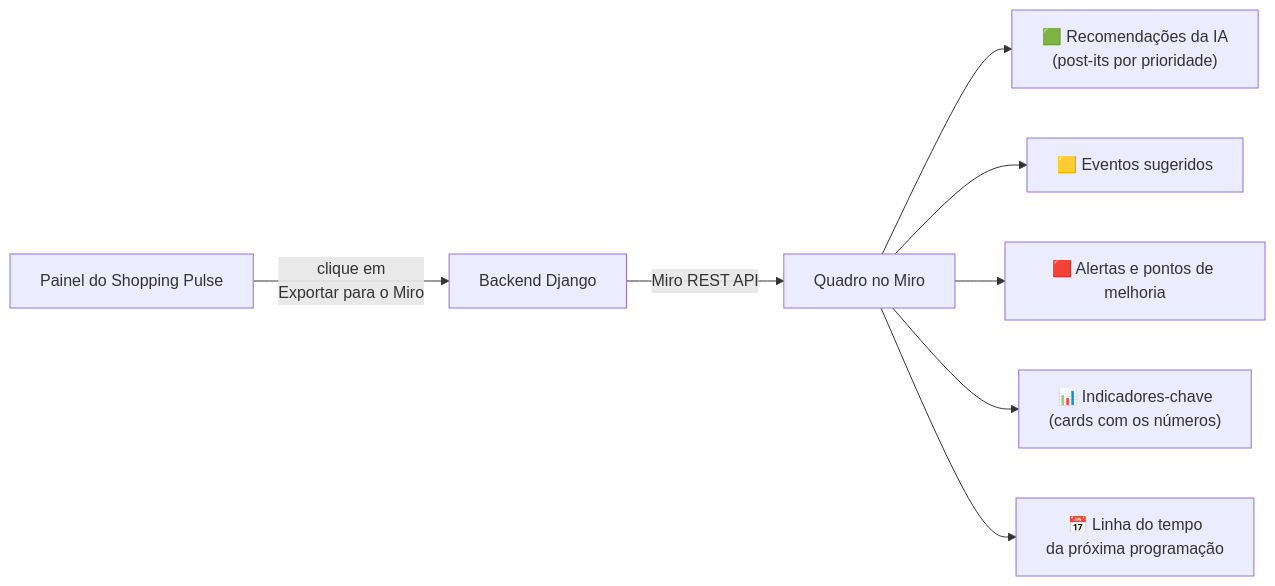
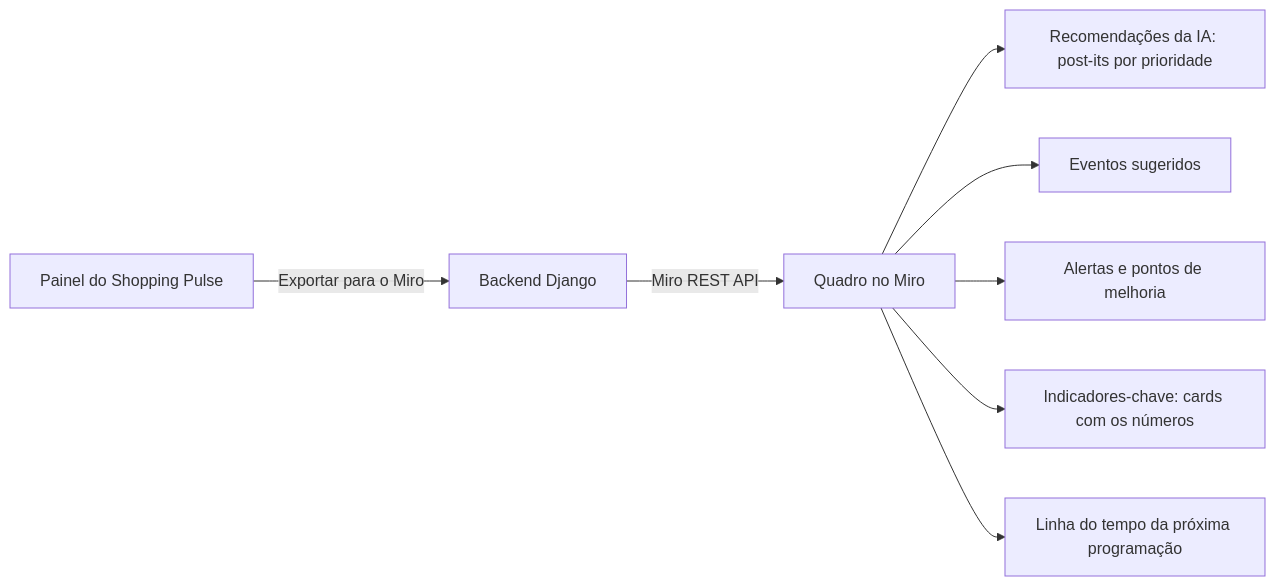
Before and after one commit to davicode20/shopping-pulse: the sixth of 6 diagrams in docs/PLANEJAMENTO.md, drawn with Mermaid. The commit also changed other lines of this file, not shown here.

Commit message:
Ajusta diagramas Mermaid para renderizar no GitHub

````diff
--- a/docs/PLANEJAMENTO.md
+++ b/docs/PLANEJAMENTO.md
@@ -353,10 +353,10 @@
 ```mermaid
 flowchart LR
-    A[Painel do Shopping Pulse] -->|clique em<br/>Exportar para o Miro| B[Backend Django]
-    B -->|Miro REST API| C[Quadro no Miro]
-    C --> D["🟩 Recomendações da IA<br/>(post-its por prioridade)"]
-    C --> E["🟨 Eventos sugeridos"]
-    C --> F["🟥 Alertas e pontos de melhoria"]
-    C --> G["📊 Indicadores-chave<br/>(cards com os números)"]
-    C --> H["📅 Linha do tempo<br/>da próxima programação"]
+    A[Painel do Shopping Pulse] -->|"Exportar para o Miro"| B[Backend Django]
+    B -->|"Miro REST API"| C[Quadro no Miro]
+    C --> D["Recomendações da IA: post-its por prioridade"]
+    C --> E["Eventos sugeridos"]
+    C --> F["Alertas e pontos de melhoria"]
+    C --> G["Indicadores-chave: cards com os números"]
+    C --> H["Linha do tempo da próxima programação"]
 ```
````
